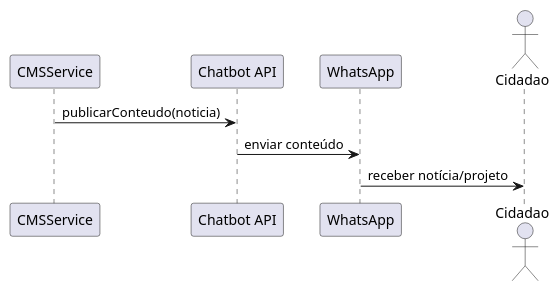
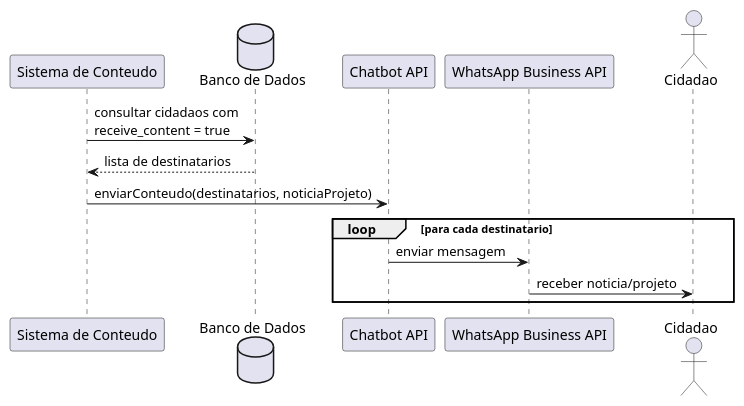
Before and after one commit to ICEI-PUC-Minas-PPLES-TI/plf-es-2025-2-tcci-0393100-dev-bernardo-biondini: the diagram in Artefatos/Sequencia/chatbot-receber-conteudo.puml, drawn with PlantUML. The commit also changed 96 other files, not shown here.

Commit message:
Remoção de casos de uso e diagramas desnecessários e adaptações dos diagramas ao contexo atual do projeto

```diff
--- a/Artefatos/Sequencia/chatbot-receber-conteudo.puml
+++ b/Artefatos/Sequencia/chatbot-receber-conteudo.puml
@@ -1,10 +1,15 @@
 @startuml
-participant CMSService
-participant "Chatbot API" as API
-participant "WhatsApp" as WA
+participant "Sistema de Conteudo" as CMSService
+database "Banco de Dados" as DB
+participant "Chatbot API" as Chatbot
+participant "WhatsApp Business API" as WA
 actor Cidadao
 
-CMSService -> API : publicarConteudo(noticia)
-API -> WA : enviar conteúdo
-WA -> Cidadao : receber notícia/projeto
+CMSService -> DB : consultar cidadaos com\nreceive_content = true
+DB --> CMSService : lista de destinatarios
+CMSService -> Chatbot : enviarConteudo(destinatarios, noticiaProjeto)
+loop para cada destinatario
+  Chatbot -> WA : enviar mensagem
+  WA -> Cidadao : receber noticia/projeto
+end
 @enduml
```
